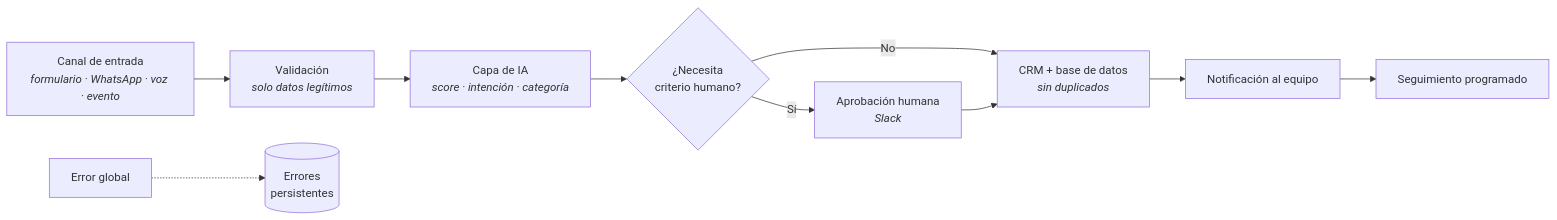
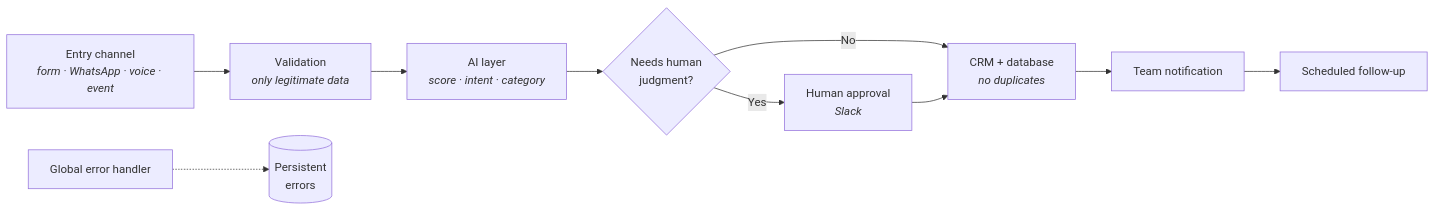
One commit to BhrayanM/Portafolio changed the diagram in README.md. Above: the diagram before and after it, drawn with Mermaid. The commit also changed other lines of this file and 59 other files, not shown here.

````diff
--- a/README.md
+++ b/README.md
@@ -101,12 +101,12 @@
 ```mermaid
 flowchart LR
-    A["Canal de entrada<br/><i>formulario · WhatsApp · voz · evento</i>"] --> B["Validación<br/><i>solo datos legítimos</i>"]
-    B --> C["Capa de IA<br/><i>score · intención · categoría</i>"]
-    C --> D{"¿Necesita<br/>criterio humano?"}
-    D -- "Sí" --> E["Aprobación humana<br/><i>Slack</i>"]
-    D -- No --> F["CRM + base de datos<br/><i>sin duplicados</i>"]
+    A["Entry channel<br/><i>form · WhatsApp · voice · event</i>"] --> B["Validation<br/><i>only legitimate data</i>"]
+    B --> C["AI layer<br/><i>score · intent · category</i>"]
+    C --> D{"Needs human<br/>judgment?"}
+    D -- "Yes" --> E["Human approval<br/><i>Slack</i>"]
+    D -- No --> F["CRM + database<br/><i>no duplicates</i>"]
     E --> F
-    F --> G["Notificación al equipo"]
-    G --> H["Seguimiento programado"]
-    I["Error global"] -.-> J[("Errores<br/>persistentes")]
+    F --> G["Team notification"]
+    G --> H["Scheduled follow-up"]
+    I["Global error handler"] -.-> J[("Persistent<br/>errors")]
 ```
````
